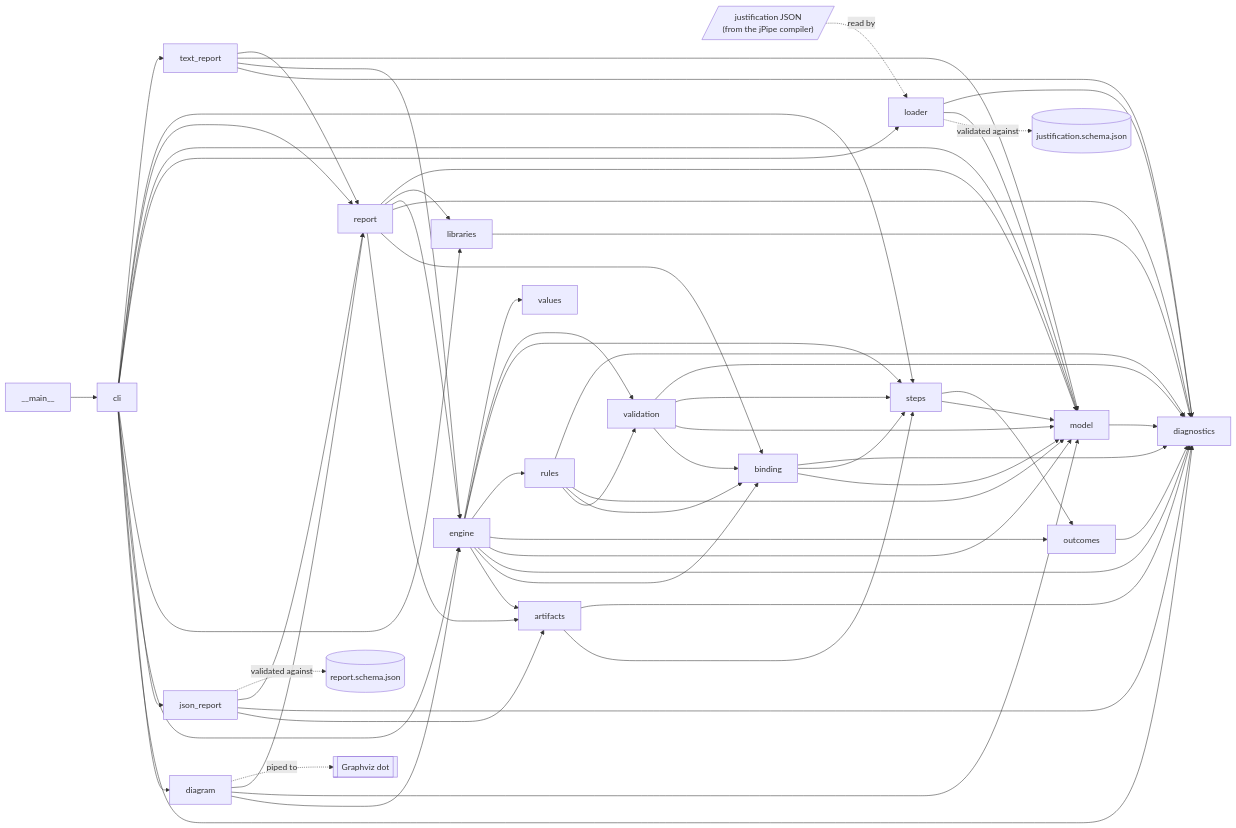
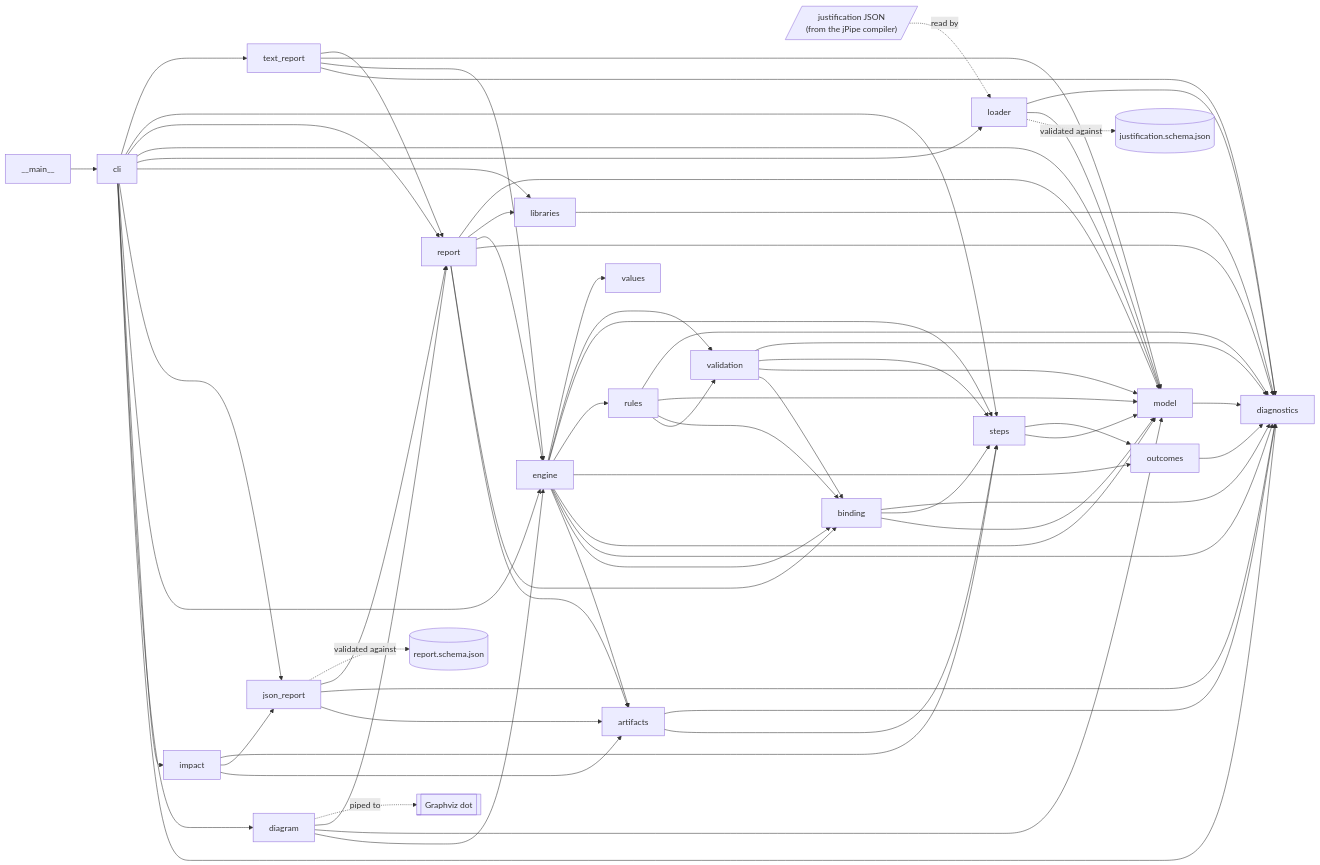
Before and after one commit to jpipe-mcscert/jpipe-runner: the first of 2 diagrams in docs/design.md, drawn with Mermaid. The commit also changed other lines of this file and 11 other files, not shown here.

First line of the commit message:
feat(impact): impact analysis and staleness, from what steps declare and runs recorded

````diff
--- a/docs/design.md
+++ b/docs/design.md
@@ -8,68 +8,72 @@
 ```mermaid
 flowchart LR
     json[/"justification JSON<br>(from the jPipe compiler)"/]
     schema[("justification.schema.json")]
     reportschema[("report.schema.json")]
 
     json -.->|read by| loader
     loader -.->|validated against| schema
     loader --> model
     loader --> diagnostics
     model --> diagnostics
     outcomes --> diagnostics
     steps --> model
     steps --> outcomes
     values[values]
     binding --> model
     binding --> steps
     binding --> diagnostics
     validation --> binding
     validation --> model
     validation --> steps
     validation --> diagnostics
     rules --> validation
     rules --> binding
     rules --> model
     rules --> diagnostics
     artifacts --> steps
     artifacts --> diagnostics
     libraries --> diagnostics
     engine --> artifacts
     engine --> binding
     engine --> diagnostics
     engine --> model
     engine --> outcomes
     engine --> rules
     engine --> steps
     engine --> validation
     engine --> values
     report --> artifacts
     report --> binding
     report --> diagnostics
     report --> engine
     report --> libraries
     report --> model
     diagram --> engine
     diagram --> model
     diagram --> report
     diagram -.->|piped to| dot[["Graphviz dot"]]
     json_report --> artifacts
     json_report --> diagnostics
     json_report --> report
     json_report -.->|validated against| reportschema
     text_report --> diagnostics
     text_report --> engine
     text_report --> model
     text_report --> report
+    impact --> artifacts
+    impact --> json_report
+    impact --> steps
     cli --> diagnostics
     cli --> diagram
+    cli --> impact
     cli --> engine
     cli --> json_report
     cli --> libraries
     cli --> loader
     cli --> model
     cli --> report
     cli --> steps
     cli --> text_report
     __main__ --> cli
 ```
````
